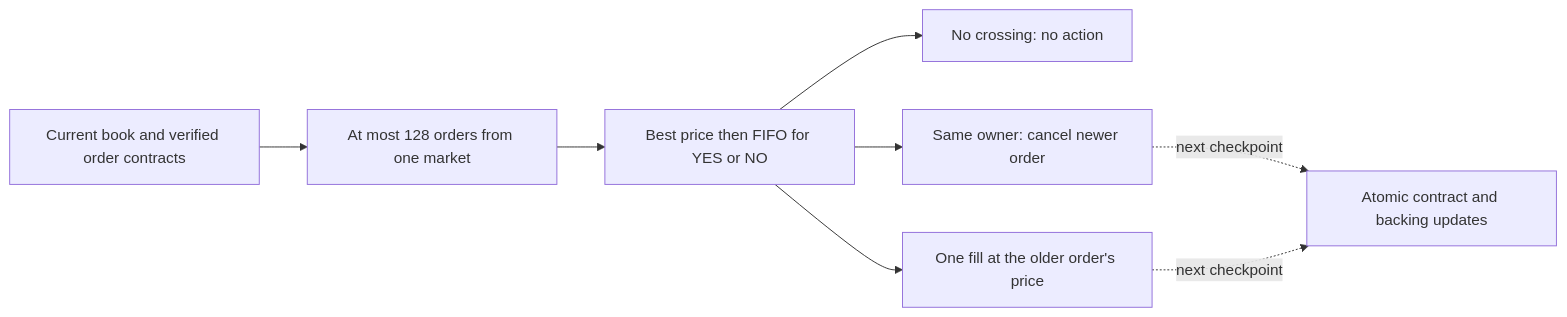
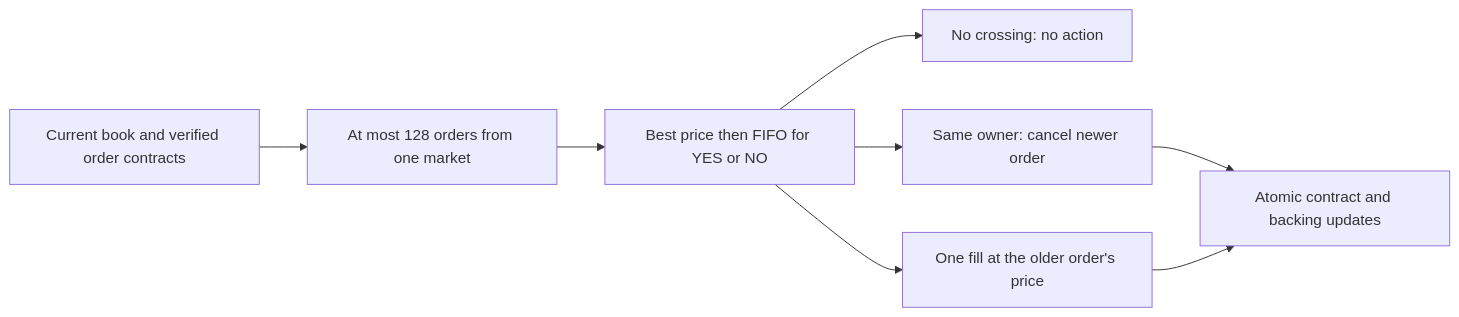
The diagram in docs/binary-matching.md (kunal171/outcomia-canton), drawn with Mermaid before and after one commit. The commit also changed other lines of this file and 4 other files, not shown here.

Commit message:
docs: explain atomic settlement authorization and deployment limits

````diff
--- a/docs/binary-matching.md
+++ b/docs/binary-matching.md
@@ -6,10 +7,10 @@
 ```mermaid
 flowchart LR
   Book[Current book and verified order contracts] --> Snapshot[At most 128 orders from one market]
   Snapshot --> Planner[Best price then FIFO for YES or NO]
   Planner --> NoMatch[No crossing: no action]
   Planner --> Self[Same owner: cancel newer order]
   Planner --> Fill[One fill at the older order's price]
-  Self -. next checkpoint .-> Settlement[Atomic contract and backing updates]
-  Fill -. next checkpoint .-> Settlement
+  Self --> Settlement[Atomic contract and backing updates]
+  Fill --> Settlement
 ```
````
